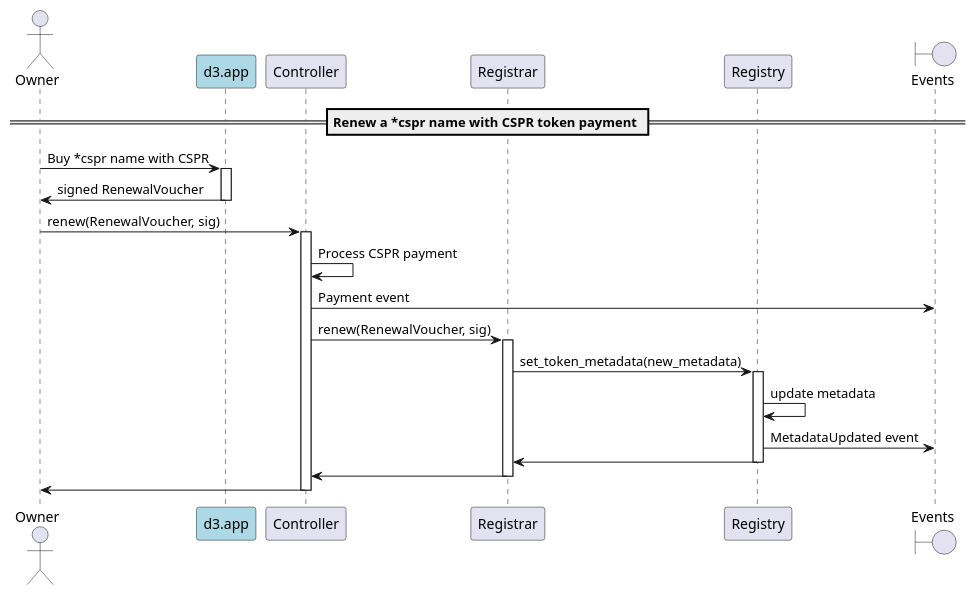
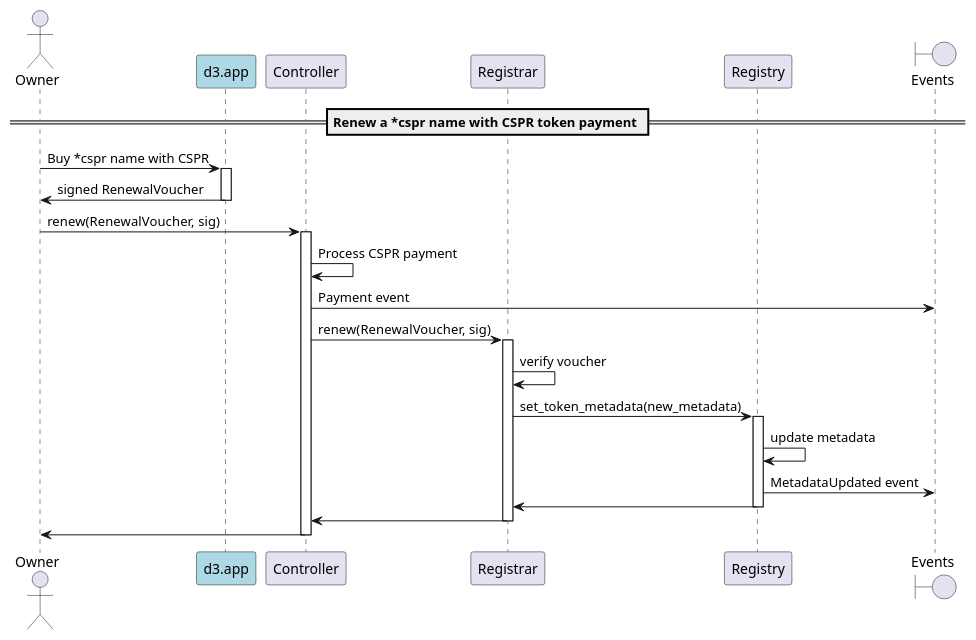
Before and after one commit to make-software/cspr-name-contracts: the diagram in docs/sequence-diagrams/puml/onchain-renewal.puml, drawn with PlantUML. The commit also changed 9 other files, not shown here.

Commit message:
added voucher verification on renewals added flows for multiple names purchases in same transaction.

```diff
--- a/docs/sequence-diagrams/puml/onchain-renewal.puml
+++ b/docs/sequence-diagrams/puml/onchain-renewal.puml
@@ -1,36 +1,37 @@
 @startuml
 'https://plantuml.com/sequence-diagram
 
 'autonumber
 actor Owner
 participant "d3.app" as d3 #lightblue
 participant "Controller"
 participant "Registrar"
 participant "Registry"
 boundary "Events"
 
 == Renew a *cspr name with CSPR token payment ==
 
 Owner -> d3: Buy *cspr name with CSPR
 activate d3
 d3 -> Owner: signed RenewalVoucher
 deactivate d3
 
 Owner -> Controller: renew(RenewalVoucher, sig)
 activate Controller
 Controller -> Controller: Process CSPR payment
 Controller -> "Events": Payment event
 Controller -> Registrar: renew(RenewalVoucher, sig)
 activate Registrar
+Registrar -> Registrar: verify voucher
 Registrar -> Registry: set_token_metadata(new_metadata)
 activate Registry
 Registry -> Registry: update metadata
 Registry -> "Events": MetadataUpdated event
 Registry -> Registrar
 deactivate Registry
 Registrar -> Controller
 deactivate Registrar
 Controller -> Owner
 deactivate Controller
 
 @enduml
```
